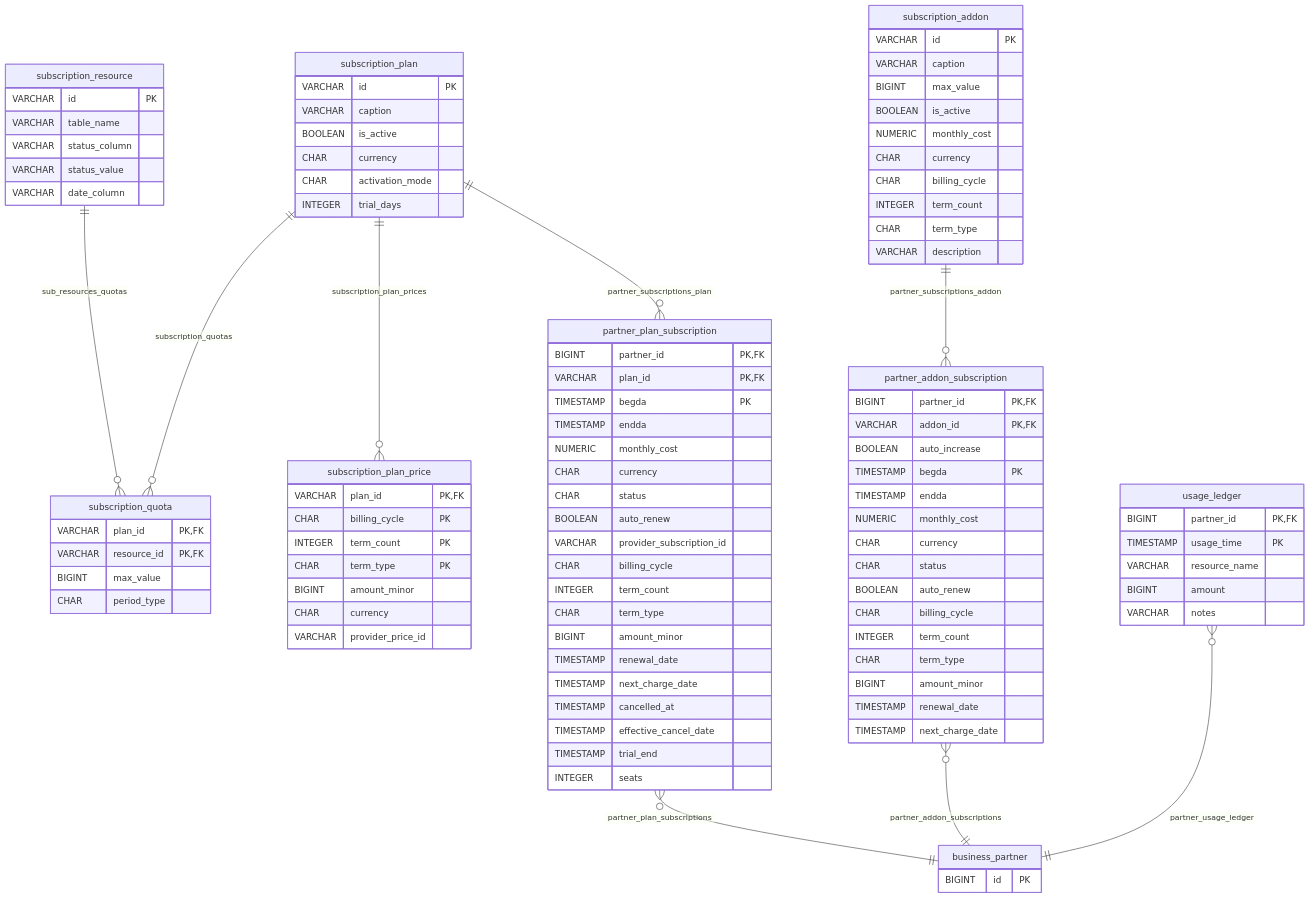
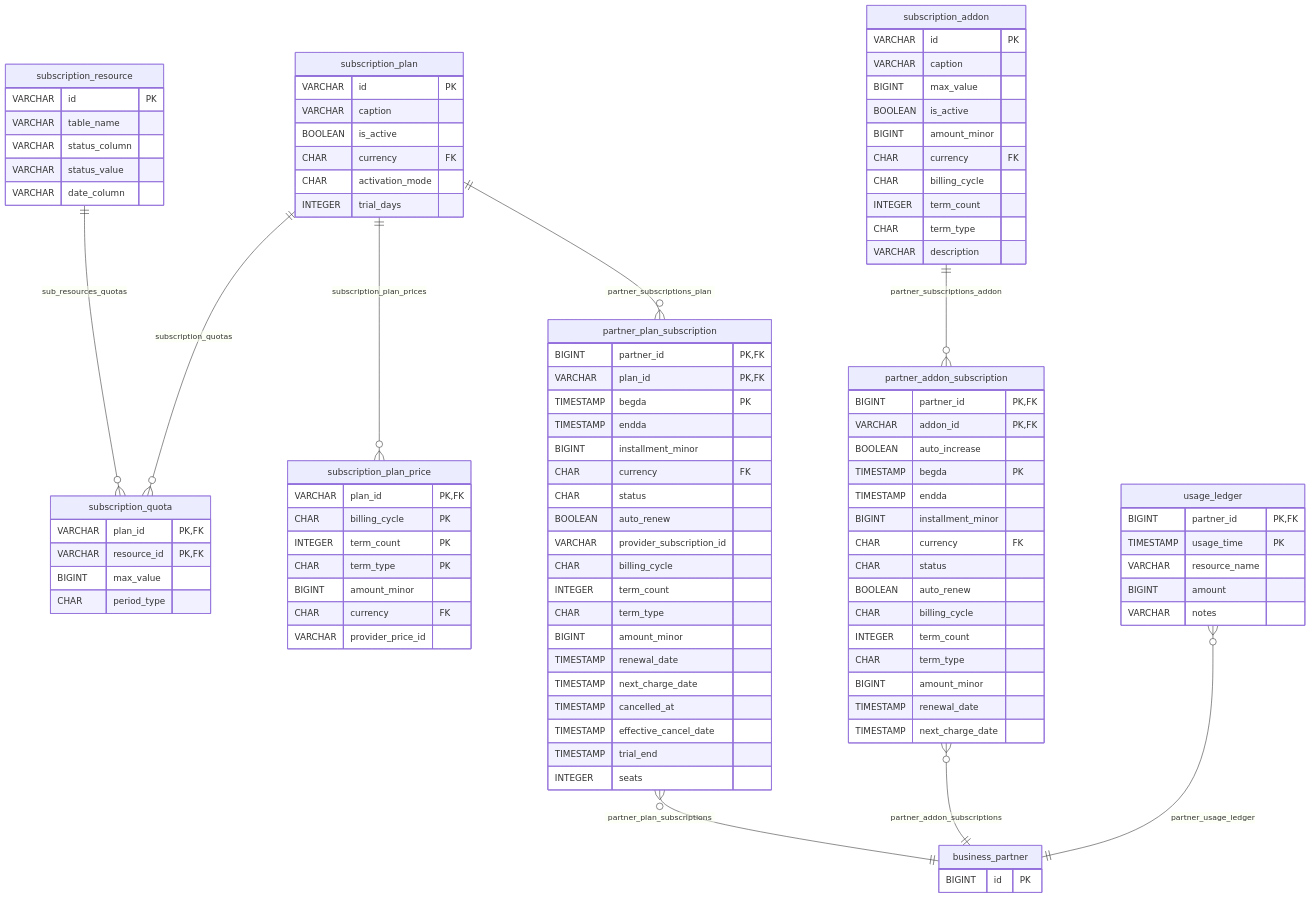
Diagram 16 of 24 in doc/database.md (nauticana/keel), drawn with Mermaid before and after one commit. The commit also changed other lines of this file and 121 other files, not shown here.

Commit message:
Currency catalog, minor-unit money columns, provider API clients

```diff
--- a/doc/database.md
+++ b/doc/database.md
@@ -1032,7 +1038,7 @@
         VARCHAR id PK
         VARCHAR caption
         BOOLEAN is_active
-        CHAR currency
+        CHAR currency FK
         CHAR activation_mode
         INTEGER trial_days
     }
@@ -1042,7 +1048,7 @@
         INTEGER term_count PK
         CHAR term_type PK
         BIGINT amount_minor
-        CHAR currency
+        CHAR currency FK
         VARCHAR provider_price_id
     }
     subscription_resource {
@@ -1063,8 +1069,8 @@
         VARCHAR caption
         BIGINT max_value
         BOOLEAN is_active
-        NUMERIC monthly_cost
-        CHAR currency
+        BIGINT amount_minor
+        CHAR currency FK
         CHAR billing_cycle
         INTEGER term_count
         CHAR term_type
@@ -1075,8 +1081,8 @@
         VARCHAR plan_id PK,FK
         TIMESTAMP begda PK
         TIMESTAMP endda
-        NUMERIC monthly_cost
-        CHAR currency
+        BIGINT installment_minor
+        CHAR currency FK
         CHAR status
         BOOLEAN auto_renew
         VARCHAR provider_subscription_id
@@ -1097,8 +1103,8 @@
         BOOLEAN auto_increase
         TIMESTAMP begda PK
         TIMESTAMP endda
-        NUMERIC monthly_cost
-        CHAR currency
+        BIGINT installment_minor
+        CHAR currency FK
         CHAR status
         BOOLEAN auto_renew
         CHAR billing_cycle
```
